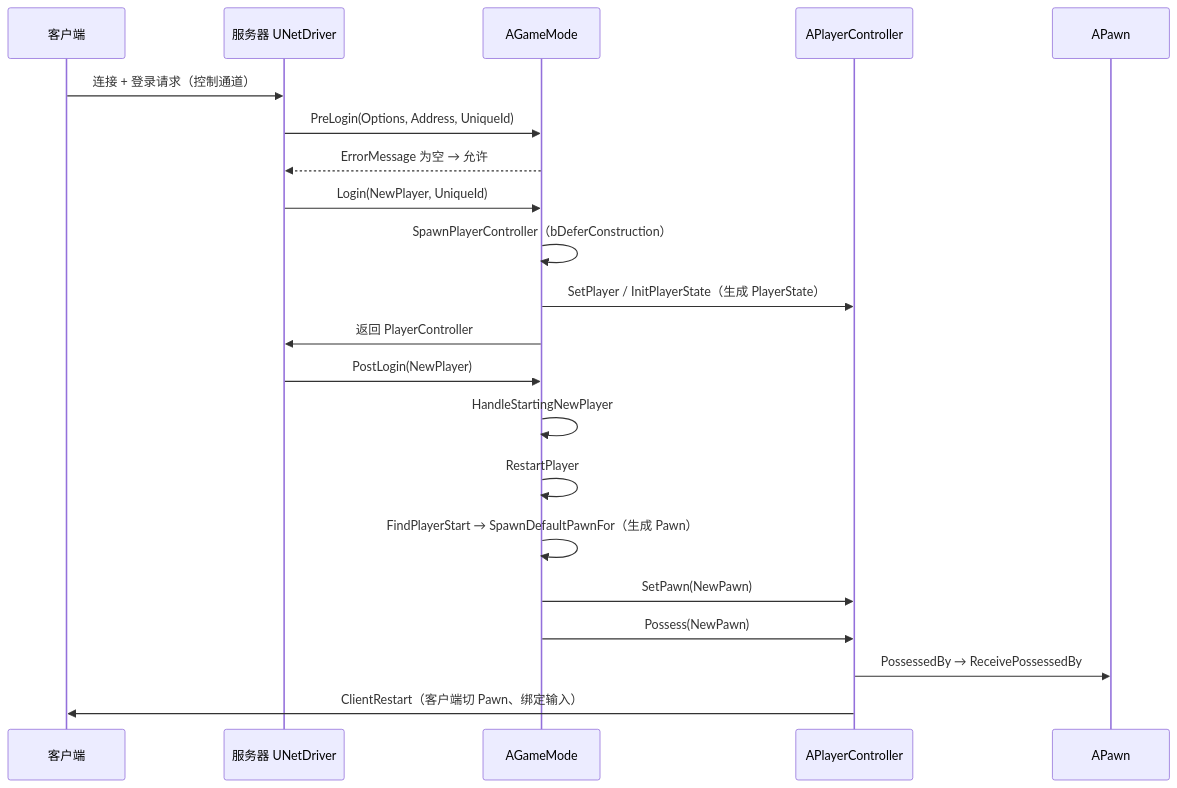
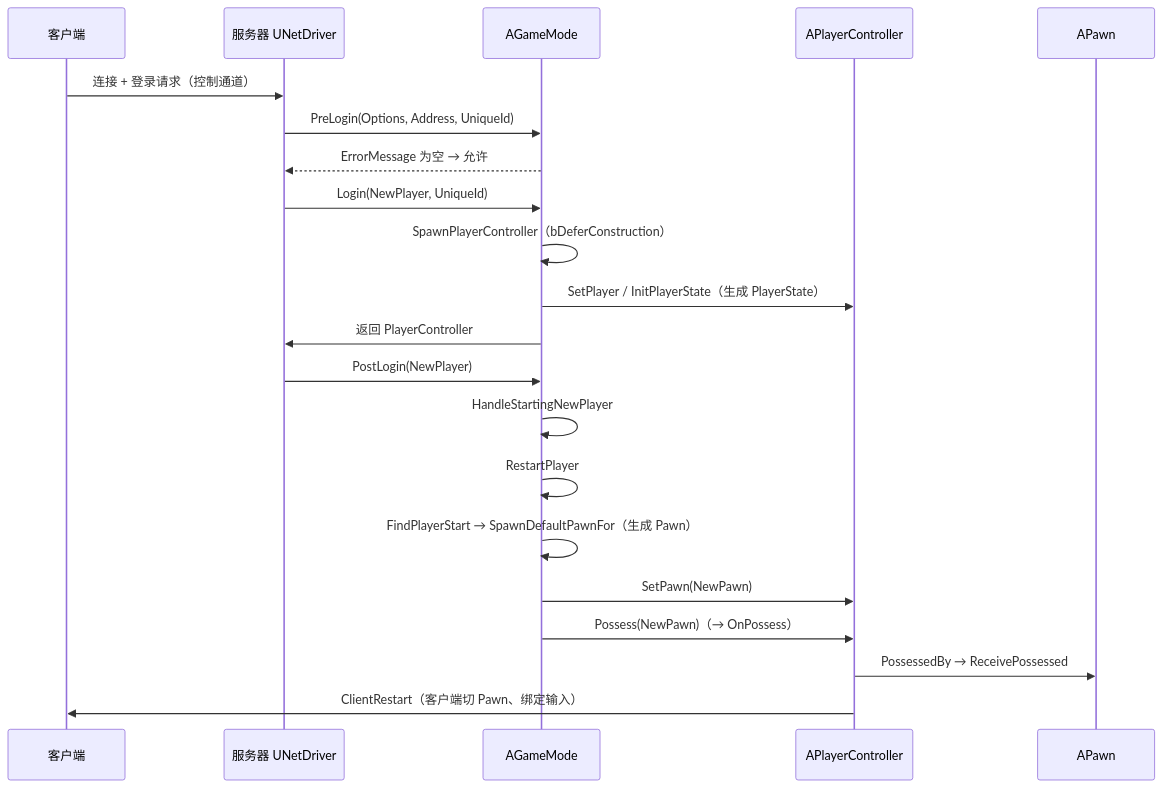
Before and after one commit to fantuan812/learning: the second of 3 diagrams in 游戏知识/12-引擎源码分析/04-Gameplay框架与登录流程源码.md, drawn with Mermaid. The commit also changed other lines of this file and 17 other files, not shown here.

````diff
--- a/游戏知识/12-引擎源码分析/04-Gameplay框架与登录流程源码.md
+++ b/游戏知识/12-引擎源码分析/04-Gameplay框架与登录流程源码.md
@@ -258,24 +292,24 @@
 ```mermaid
 sequenceDiagram
     participant C as 客户端
     participant ND as 服务器 UNetDriver
     participant GM as AGameMode
     participant PC as APlayerController
     participant P as APawn
 
     C->>ND: 连接 + 登录请求（控制通道）
     ND->>GM: PreLogin(Options, Address, UniqueId)
     GM-->>ND: ErrorMessage 为空 → 允许
     ND->>GM: Login(NewPlayer, UniqueId)
     GM->>GM: SpawnPlayerController（bDeferConstruction）
     GM->>PC: SetPlayer / InitPlayerState（生成 PlayerState）
     GM->>ND: 返回 PlayerController
     ND->>GM: PostLogin(NewPlayer)
     GM->>GM: HandleStartingNewPlayer
     GM->>GM: RestartPlayer
     GM->>GM: FindPlayerStart → SpawnDefaultPawnFor（生成 Pawn）
     GM->>PC: SetPawn(NewPawn)
-    GM->>PC: Possess(NewPawn)
-    PC->>P: PossessedBy → ReceivePossessedBy
+    GM->>PC: Possess(NewPawn)（→ OnPossess）
+    PC->>P: PossessedBy → ReceivePossessed
     PC->>C: ClientRestart（客户端切 Pawn、绑定输入）
 ```
````
